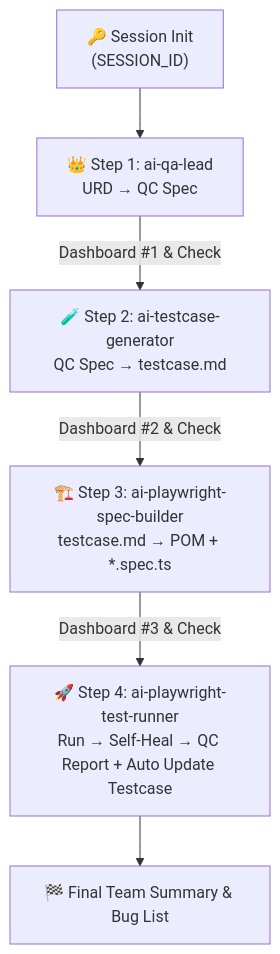
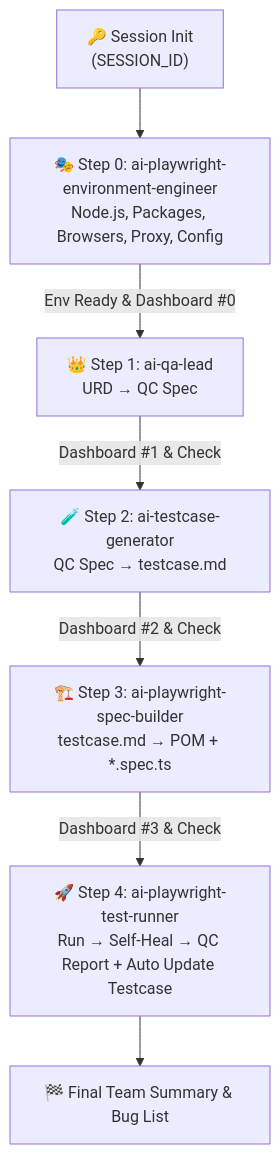
The diagram in skills/qc-pipeline-orchestrator/SKILL.md (tibe2109/qc-playwright-workflow), drawn with Mermaid before and after one commit. The commit also changed other lines of this file and 1 other file, not shown here.

Commit message:
feat: add Step 0 Environment Diagnostics & Auto-Setup Skill (ai-playwright-environment-engineer) to pipeline

````diff
--- a/skills/qc-pipeline-orchestrator/SKILL.md
+++ b/skills/qc-pipeline-orchestrator/SKILL.md
@@ -62,8 +63,9 @@
 ```mermaid
 graph TD
-    INIT["🔑 Session Init<br/>(SESSION_ID)"] --> S1["👑 Step 1: ai-qa-lead<br/>URD → QC Spec"]
+    INIT["🔑 Session Init<br/>(SESSION_ID)"] --> S0["🎭 Step 0: ai-playwright-environment-engineer<br/>Node.js, Packages, Browsers, Proxy, Config"]
+    S0 -->|"Env Ready & Dashboard #0"| S1["👑 Step 1: ai-qa-lead<br/>URD → QC Spec"]
     S1 -->|"Dashboard #1 & Check"| S2["🧪 Step 2: ai-testcase-generator<br/>QC Spec → testcase.md"]
     S2 -->|"Dashboard #2 & Check"| S3["🏗️ Step 3: ai-playwright-spec-builder<br/>testcase.md → POM + *.spec.ts"]
     S3 -->|"Dashboard #3 & Check"| S4["🚀 Step 4: ai-playwright-test-runner<br/>Run → Self-Heal → QC Report + Auto Update Testcase"]
     S4 --> FINAL["🏁 Final Team Summary & Bug List"]
 ```
````
